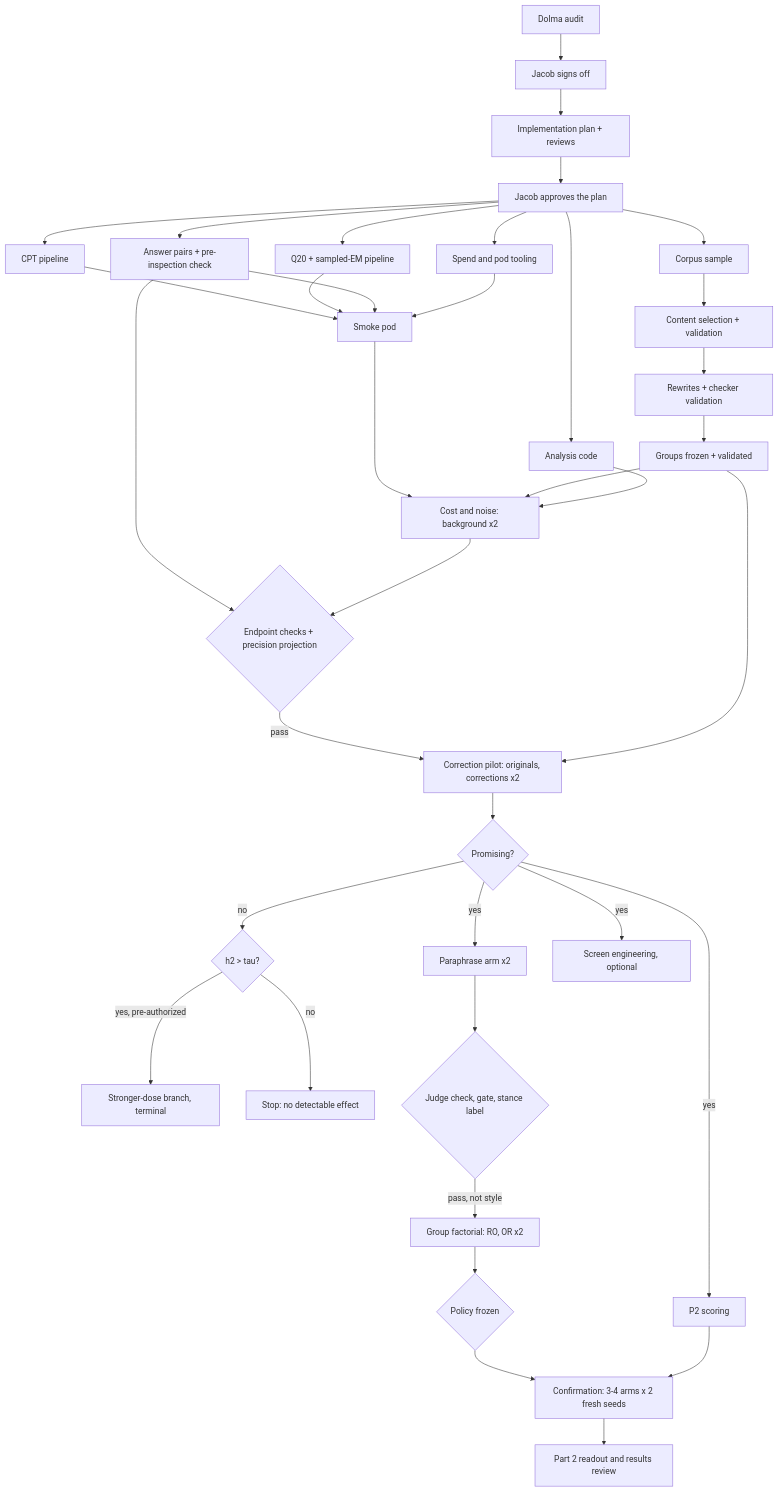
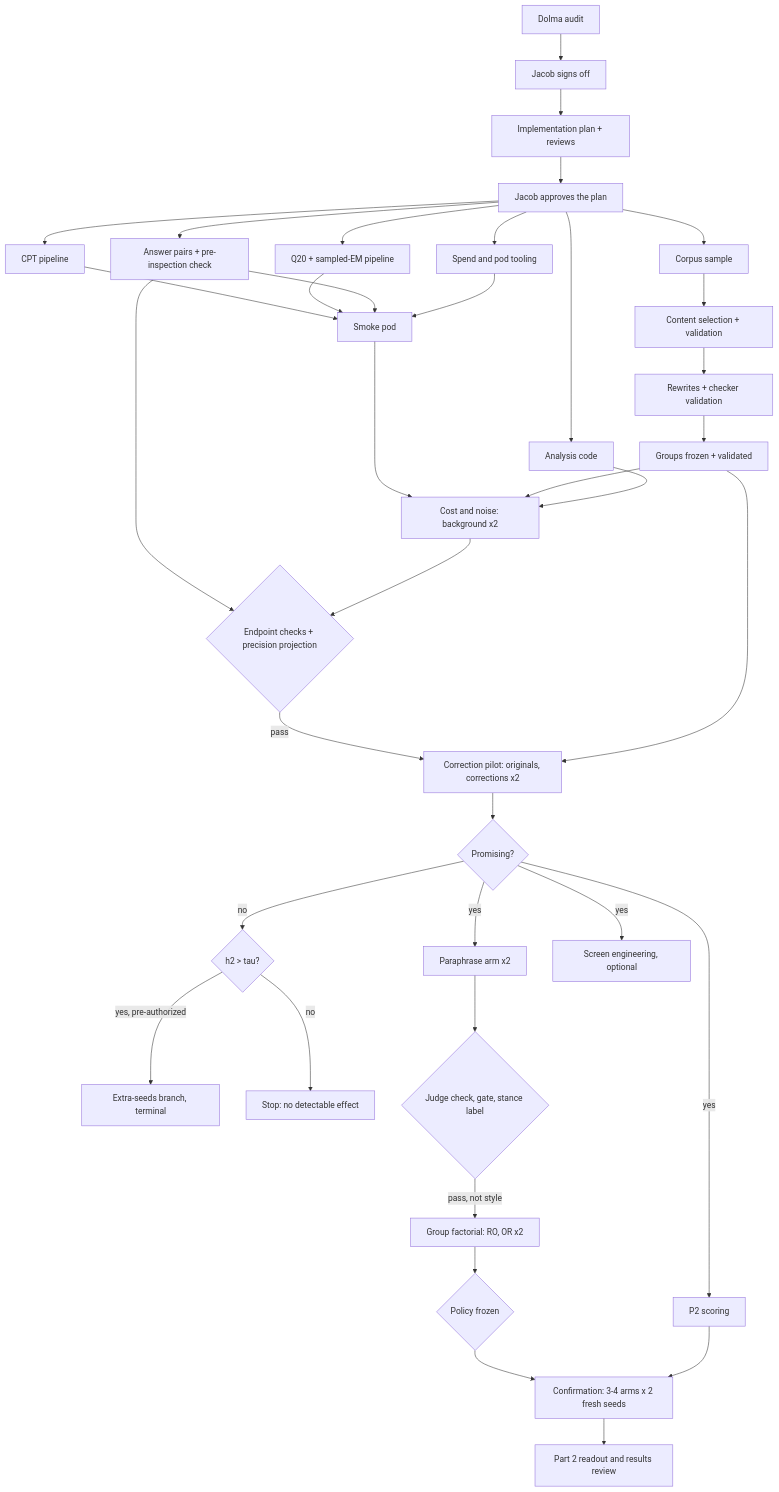
Before and after one commit to jrepifano/mats12-compaction-sprint: the diagram in docs/experiments/E9/prereg.md, drawn with Mermaid. The commit also changed other lines of this file and 7 other files, not shown here.

First line of the commit message:
E9 prereg Amendment A (v0.4): ~4M tokens seen twice, extra-seeds branch, $180 cap, judge-only Part 1, Dolma audit

````diff
--- a/docs/experiments/E9/prereg.md
+++ b/docs/experiments/E9/prereg.md
@@ -698,35 +715,35 @@
 ```mermaid
 flowchart TD
   AU[Dolma audit] --> SO[Jacob signs off]
   SO --> PL[Implementation plan + reviews] --> PA[Jacob approves the plan]
   PA --> AP[Answer pairs + pre-inspection check]
   PA --> CS[Corpus sample]
   PA --> CPTP[CPT pipeline]
   PA --> Q20P[Q20 + sampled-EM pipeline]
   PA --> AN[Analysis code]
   PA --> PT[Spend and pod tooling]
   CS --> SEL[Content selection + validation] --> RW[Rewrites + checker validation] --> GR[Groups frozen + validated]
   CPTP --> SM[Smoke pod]
   Q20P --> SM
   AP --> SM
   PT --> SM
   SM --> S1[Cost and noise: background x2]
   GR --> S1
   AN --> S1
   AP --> G1
   S1 --> G1{Endpoint checks + precision projection}
   G1 -->|pass| S2[Correction pilot: originals, corrections x2]
   GR --> S2
   S2 --> PR{Promising?}
   PR -->|yes| PAR[Paraphrase arm x2]
   PR -->|no| NULL{h2 > tau?}
-  NULL -->|yes, pre-authorized| SD[Stronger-dose branch, terminal]
+  NULL -->|yes, pre-authorized| SD[Extra-seeds branch, terminal]
   NULL -->|no| STOP[Stop: no detectable effect]
   PAR --> GATE{Judge check, gate, stance label}
   PR -->|yes| P2S[P2 scoring]
   PR -->|yes| SCR[Screen engineering, optional]
   GATE -->|pass, not style| FAC[Group factorial: RO, OR x2]
   FAC --> POL{Policy frozen} --> CONF[Confirmation: 3-4 arms x 2 fresh seeds]
   P2S --> CONF
   CONF --> R2[Part 2 readout and results review]
 ```
````
